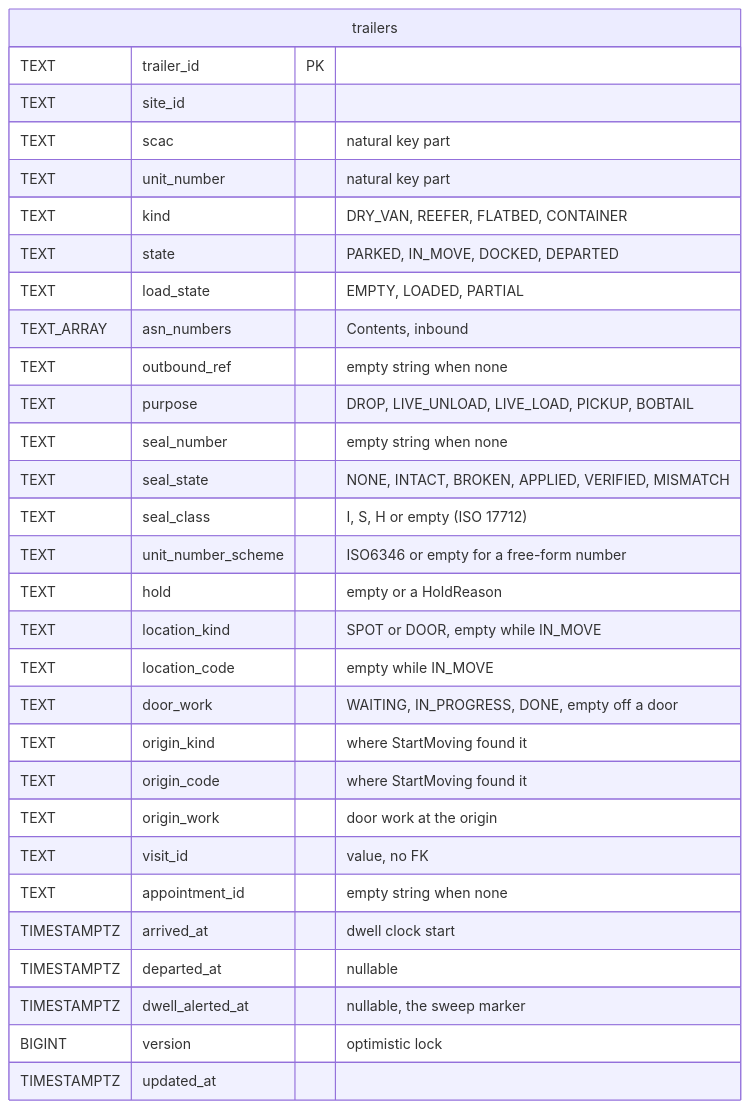
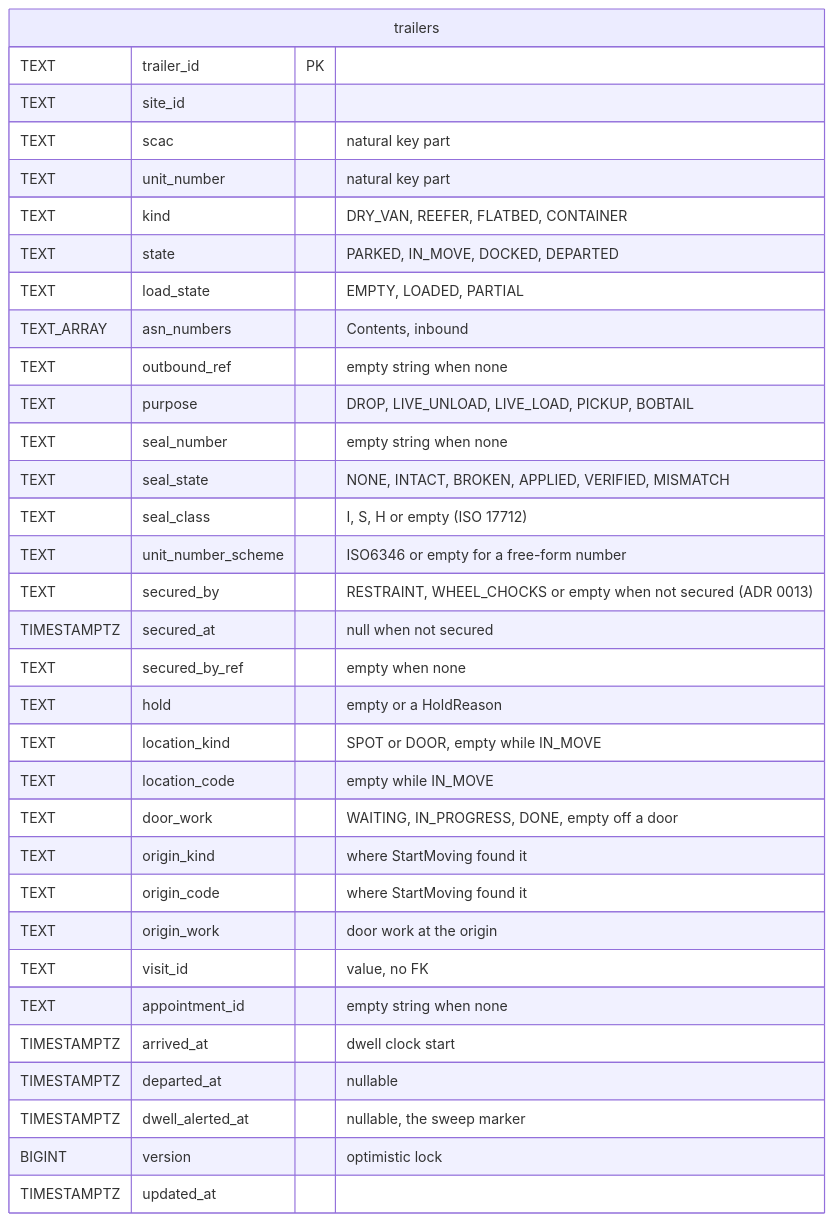
The second of 8 diagrams in docs/docs/ddd/entity-relationship.md (IQVO/yard-management), drawn with Mermaid before and after one commit. The commit also changed other lines of this file and 123 other files, not shown here.

````diff
--- a/docs/docs/ddd/entity-relationship.md
+++ b/docs/docs/ddd/entity-relationship.md
@@ -51,34 +51,37 @@
 ```mermaid
 erDiagram
     direction LR
     trailers {
         TEXT trailer_id PK
         TEXT site_id
         TEXT scac "natural key part"
         TEXT unit_number "natural key part"
         TEXT kind "DRY_VAN, REEFER, FLATBED, CONTAINER"
         TEXT state "PARKED, IN_MOVE, DOCKED, DEPARTED"
         TEXT load_state "EMPTY, LOADED, PARTIAL"
         TEXT_ARRAY asn_numbers "Contents, inbound"
         TEXT outbound_ref "empty string when none"
         TEXT purpose "DROP, LIVE_UNLOAD, LIVE_LOAD, PICKUP, BOBTAIL"
         TEXT seal_number "empty string when none"
         TEXT seal_state "NONE, INTACT, BROKEN, APPLIED, VERIFIED, MISMATCH"
         TEXT seal_class "I, S, H or empty (ISO 17712)"
         TEXT unit_number_scheme "ISO6346 or empty for a free-form number"
+        TEXT secured_by "RESTRAINT, WHEEL_CHOCKS or empty when not secured (ADR 0013)"
+        TIMESTAMPTZ secured_at "null when not secured"
+        TEXT secured_by_ref "empty when none"
         TEXT hold "empty or a HoldReason"
         TEXT location_kind "SPOT or DOOR, empty while IN_MOVE"
         TEXT location_code "empty while IN_MOVE"
         TEXT door_work "WAITING, IN_PROGRESS, DONE, empty off a door"
         TEXT origin_kind "where StartMoving found it"
         TEXT origin_code "where StartMoving found it"
         TEXT origin_work "door work at the origin"
         TEXT visit_id "value, no FK"
         TEXT appointment_id "empty string when none"
         TIMESTAMPTZ arrived_at "dwell clock start"
         TIMESTAMPTZ departed_at "nullable"
         TIMESTAMPTZ dwell_alerted_at "nullable, the sweep marker"
         BIGINT version "optimistic lock"
         TIMESTAMPTZ updated_at
     }
 ```
````
